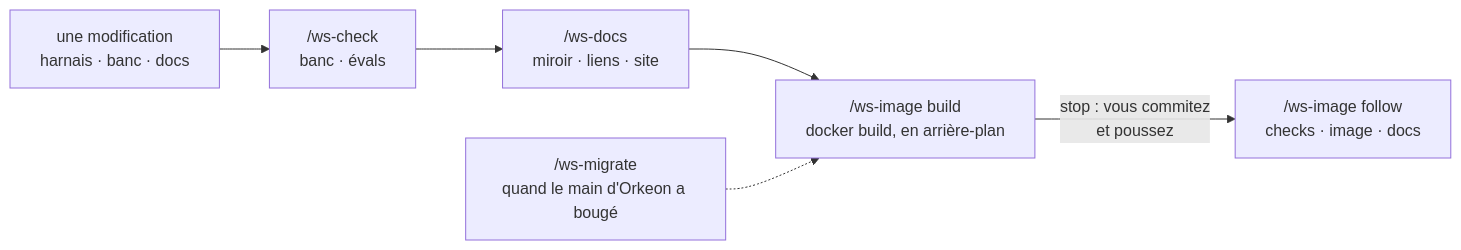
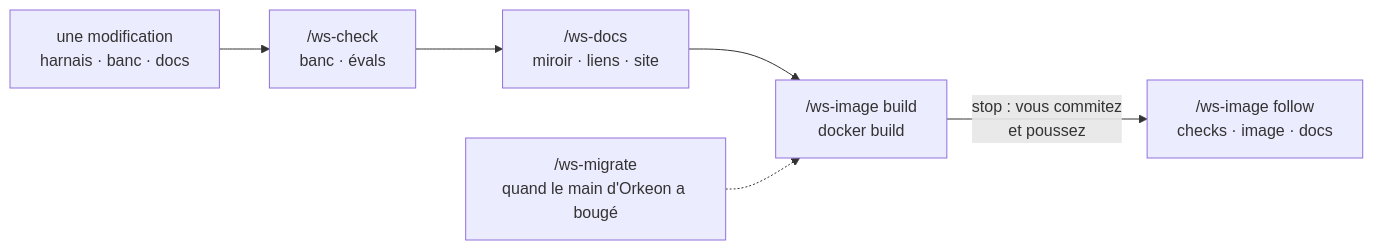
Before and after one commit to Orkeon/orkeon-workshop: the diagram in docs/fr/workflows/maintain-the-workshop.md, drawn with Mermaid. The commit also changed other lines of this file and 52 other files, not shown here.

````diff
--- a/docs/fr/workflows/maintain-the-workshop.md
+++ b/docs/fr/workflows/maintain-the-workshop.md
@@ -19,8 +20,8 @@
 ```mermaid
 flowchart LR
     c["une modification<br/>harnais · banc · docs"] --> k["/ws-check<br/>banc · évals"]
     k --> d["/ws-docs<br/>miroir · liens · site"]
-    d --> b["/ws-image build<br/>docker build, en arrière-plan"]
+    d --> b["/ws-image build<br/>docker build"]
     b -->|"stop : vous commitez<br/>et poussez"| f["/ws-image follow<br/>checks · image · docs"]
     m["/ws-migrate<br/>quand le main d'Orkeon a bougé"] -.-> b
 ```
````
